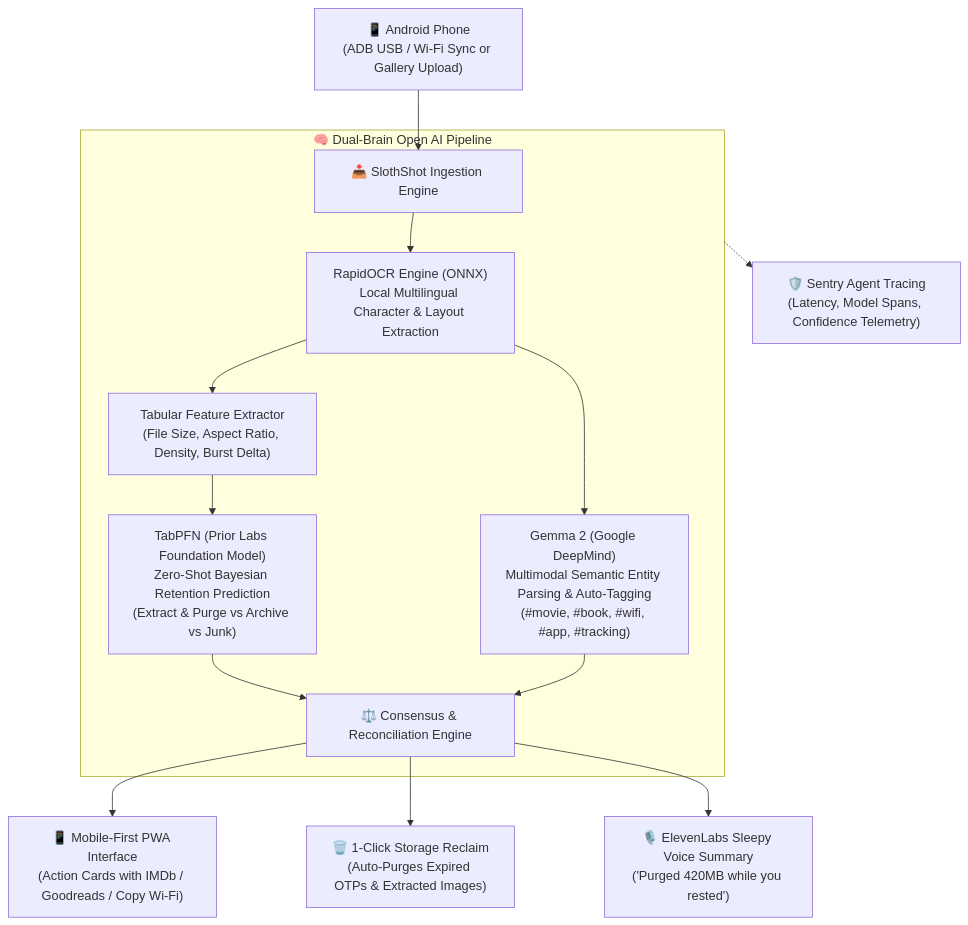
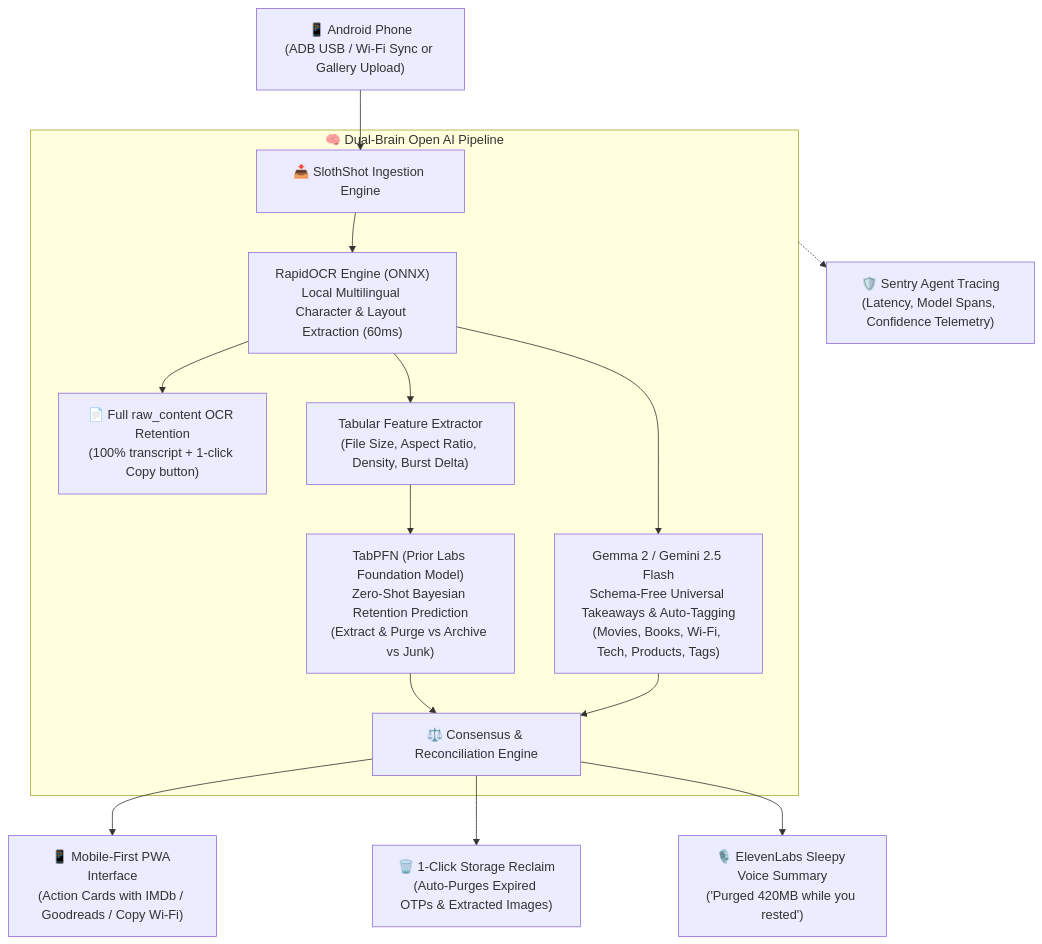
The diagram in DEV_POST.md (torrua/slothshot), drawn with Mermaid before and after one commit. The commit also changed other lines of this file and 1 other file, not shown here.

````diff
--- a/DEV_POST.md
+++ b/DEV_POST.md
@@ -62,21 +66,22 @@
 ```mermaid
 flowchart TD
     Android["📱 Android Phone<br/>(ADB USB / Wi-Fi Sync or Gallery Upload)"] --> Ingest["📥 SlothShot Ingestion Engine"]
 
     subgraph Dual_AI["🧠 Dual-Brain Open AI Pipeline"]
-        Ingest --> OCR["RapidOCR Engine (ONNX)<br/>Local Multilingual Character & Layout Extraction"]
+        Ingest --> OCR["RapidOCR Engine (ONNX)<br/>Local Multilingual Character & Layout Extraction (60ms)"]
+        OCR --> RAW["📄 Full raw_content OCR Retention<br/>(100% transcript + 1-click Copy button)"]
         OCR --> Features["Tabular Feature Extractor<br/>(File Size, Aspect Ratio, Density, Burst Delta)"]
         
         Features --> TabPFN["TabPFN (Prior Labs Foundation Model)<br/>Zero-Shot Bayesian Retention Prediction<br/>(Extract & Purge vs Archive vs Junk)"]
         
-        OCR --> Gemma["Gemma 2 (Google DeepMind)<br/>Multimodal Semantic Entity Parsing & Auto-Tagging<br/>(#movie, #book, #wifi, #app, #tracking)"]
+        OCR --> Gemma["Gemma 2 / Gemini 2.5 Flash<br/>Schema-Free Universal Takeaways & Auto-Tagging<br/>(Movies, Books, Wi-Fi, Tech, Products, Tags)"]
         
         TabPFN & Gemma --> Decision["⚖️ Consensus & Reconciliation Engine"]
     end
 
     Decision --> PWA["📱 Mobile-First PWA Interface<br/>(Action Cards with IMDb / Goodreads / Copy Wi-Fi)"]
     Decision --> Purge["🗑️ 1-Click Storage Reclaim<br/>(Auto-Purges Expired OTPs & Extracted Images)"]
     Decision --> Voice["🎙️ ElevenLabs Sleepy Voice Summary<br/>('Purged 420MB while you rested')"]
 
     Dual_AI -.-> Sentry["🛡️ Sentry Agent Tracing<br/>(Latency, Model Spans, Confidence Telemetry)"]
 ```
````
